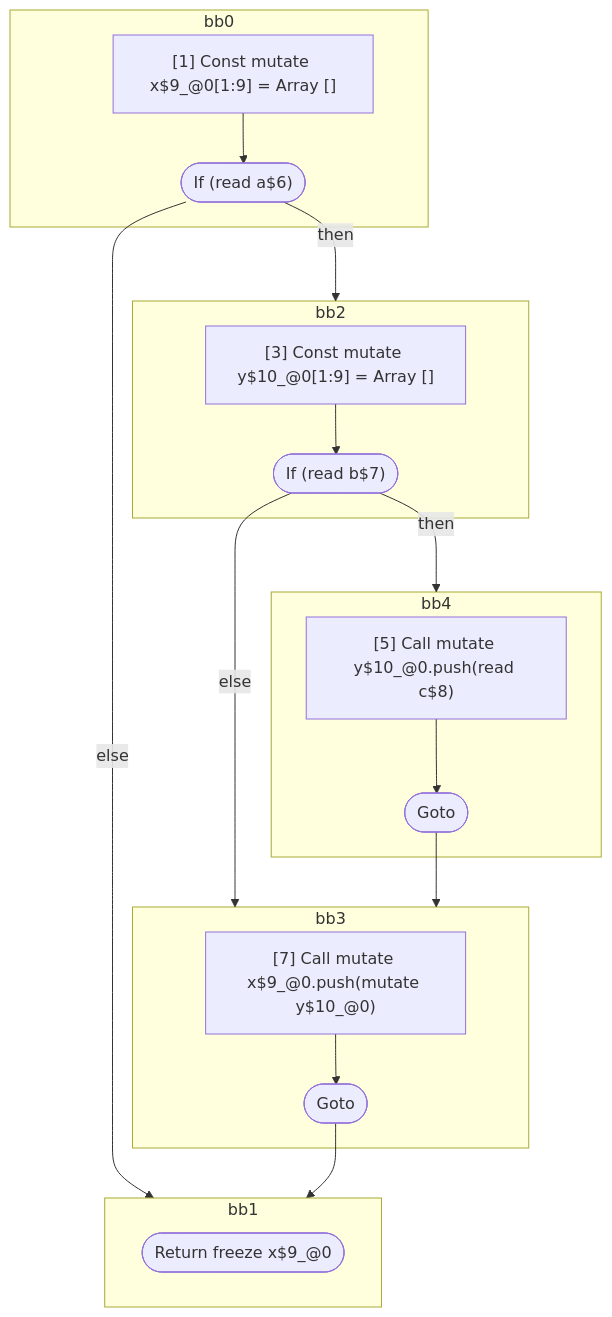
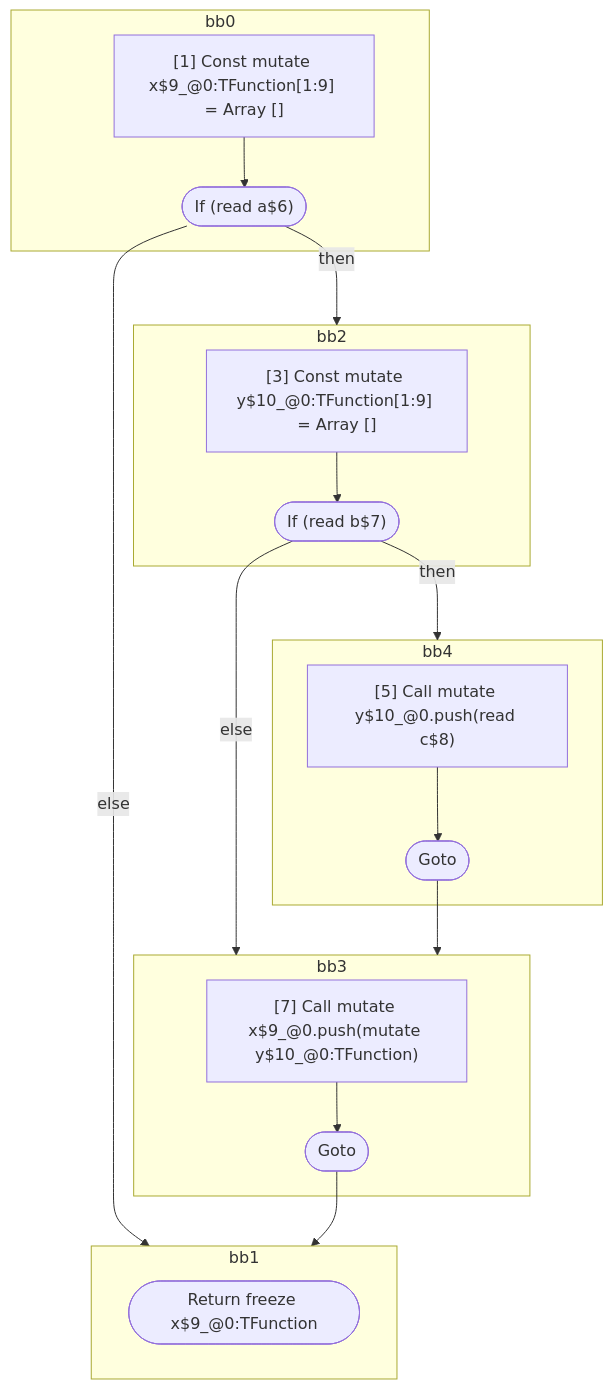
One commit to wutsmog/private changed the diagram in compiler/forget/src/__tests__/fixtures/hir/overlapping-scopes-within-block.expect.md. Above: the diagram before and after it, drawn with Mermaid. The commit also changed other lines of this file and 112 other files, not shown here.

````diff
--- a/compiler/forget/src/__tests__/fixtures/hir/overlapping-scopes-within-block.expect.md
+++ b/compiler/forget/src/__tests__/fixtures/hir/overlapping-scopes-within-block.expect.md
@@ -72,40 +72,40 @@
 ```mermaid
 flowchart TB
   %% Basic Blocks
   subgraph bb0
     bb0_instrs["
-      [1] Const mutate x$9_@0[1:9] = Array []
+      [1] Const mutate x$9_@0:TFunction[1:9] = Array []
     "]
     bb0_instrs --> bb0_terminal(["If (read a$6)"])
   end
   subgraph bb2
     bb2_instrs["
-      [3] Const mutate y$10_@0[1:9] = Array []
+      [3] Const mutate y$10_@0:TFunction[1:9] = Array []
     "]
     bb2_instrs --> bb2_terminal(["If (read b$7)"])
   end
   subgraph bb4
     bb4_instrs["
       [5] Call mutate y$10_@0.push(read c$8)
     "]
     bb4_instrs --> bb4_terminal(["Goto"])
   end
   subgraph bb3
     bb3_instrs["
-      [7] Call mutate x$9_@0.push(mutate y$10_@0)
+      [7] Call mutate x$9_@0.push(mutate y$10_@0:TFunction)
     "]
     bb3_instrs --> bb3_terminal(["Goto"])
   end
   subgraph bb1
-    bb1_terminal(["Return freeze x$9_@0"])
+    bb1_terminal(["Return freeze x$9_@0:TFunction"])
   end
 
   %% Jumps
   bb0_terminal -- "then" --> bb2
   bb0_terminal -- "else" --> bb1
   bb2_terminal -- "then" --> bb4
   bb2_terminal -- "else" --> bb3
   bb4_terminal --> bb3
   bb3_terminal --> bb1
 
 ```
````
